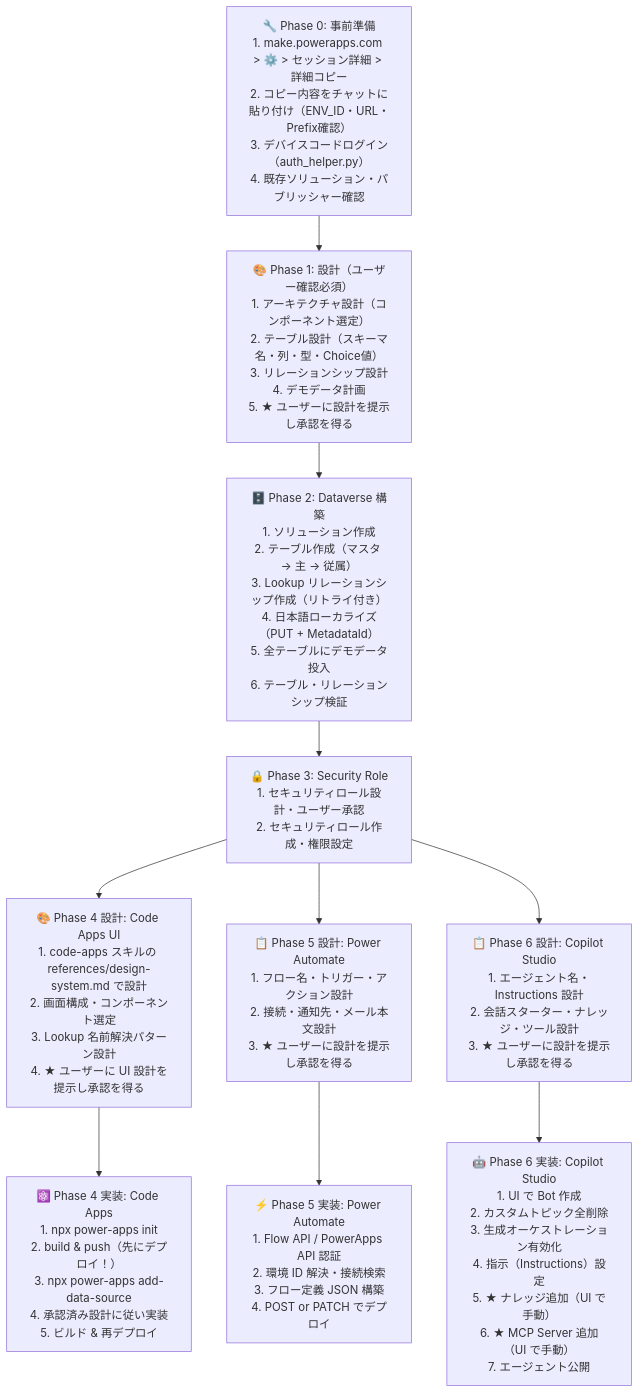
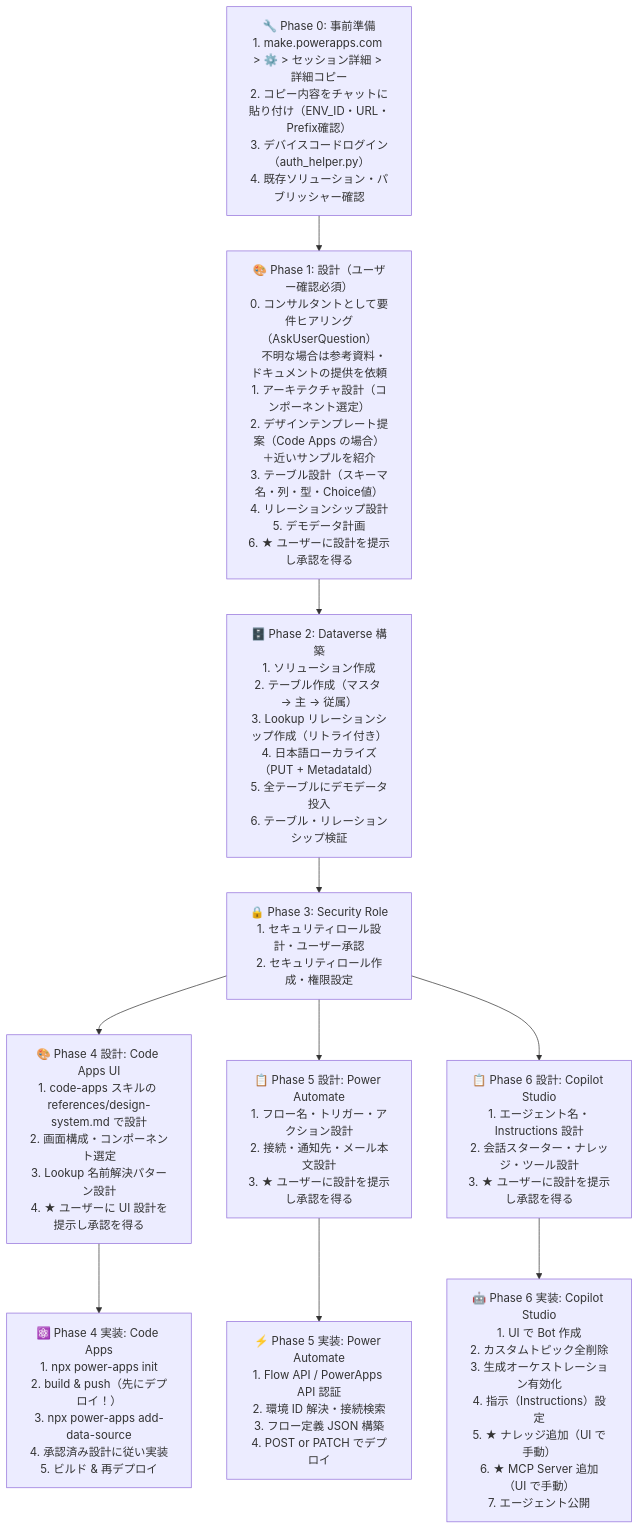
Before and after one commit to geekfujiwara/CodeAppsDevelopmentStandard: the diagram in .github/skills/standard/references/power-platform-development-standard.md, drawn with Mermaid. The commit also changed other lines of this file and 1 other file, not shown here.

First line of the commit message:
add consultant-mode requirement gathering and design proposal to Phase 1

````diff
--- a/.github/skills/standard/references/power-platform-development-standard.md
+++ b/.github/skills/standard/references/power-platform-development-standard.md
@@ -1449,27 +1449,27 @@
 ```mermaid
 flowchart TD
     P0["🔧 Phase 0: 事前準備\n1. make.powerapps.com > ⚙️ > セッション詳細 > 詳細コピー\n2. コピー内容をチャットに貼り付け（ENV_ID・URL・Prefix確認）\n3. デバイスコードログイン（auth_helper.py）\n4. 既存ソリューション・パブリッシャー確認"]
 
-    P1["🎨 Phase 1: 設計（ユーザー確認必須）\n1. アーキテクチャ設計（コンポーネント選定）\n2. テーブル設計（スキーマ名・列・型・Choice値）\n3. リレーションシップ設計\n4. デモデータ計画\n5. ★ ユーザーに設計を提示し承認を得る"]
+    P1["🎨 Phase 1: 設計（ユーザー確認必須）\n0. コンサルタントとして要件ヒアリング（AskUserQuestion）\n   不明な場合は参考資料・ドキュメントの提供を依頼\n1. アーキテクチャ設計（コンポーネント選定）\n2. デザインテンプレート提案（Code Apps の場合）＋近いサンプルを紹介\n3. テーブル設計（スキーマ名・列・型・Choice値）\n4. リレーションシップ設計\n5. デモデータ計画\n6. ★ ユーザーに設計を提示し承認を得る"]
 
     P2["🗄️ Phase 2: Dataverse 構築\n1. ソリューション作成\n2. テーブル作成（マスタ → 主 → 従属）\n3. Lookup リレーションシップ作成（リトライ付き）\n4. 日本語ローカライズ（PUT + MetadataId）\n5. 全テーブルにデモデータ投入\n6. テーブル・リレーションシップ検証"]
 
     P3["🔒 Phase 3: Security Role\n1. セキュリティロール設計・ユーザー承認\n2. セキュリティロール作成・権限設定"]
 
     P4D["🎨 Phase 4 設計: Code Apps UI\n1. code-apps スキルの references/design-system.md で設計\n2. 画面構成・コンポーネント選定\n3. Lookup 名前解決パターン設計\n4. ★ ユーザーに UI 設計を提示し承認を得る"]
 
     P4["⚛️ Phase 4 実装: Code Apps\n1. npx power-apps init\n2. build & push（先にデプロイ！）\n3. npx power-apps add-data-source\n4. 承認済み設計に従い実装\n5. ビルド & 再デプロイ"]
 
     P5D["📋 Phase 5 設計: Power Automate\n1. フロー名・トリガー・アクション設計\n2. 接続・通知先・メール本文設計\n3. ★ ユーザーに設計を提示し承認を得る"]
 
     P5["⚡ Phase 5 実装: Power Automate\n1. Flow API / PowerApps API 認証\n2. 環境 ID 解決・接続検索\n3. フロー定義 JSON 構築\n4. POST or PATCH でデプロイ"]
 
     P6D["📋 Phase 6 設計: Copilot Studio\n1. エージェント名・Instructions 設計\n2. 会話スターター・ナレッジ・ツール設計\n3. ★ ユーザーに設計を提示し承認を得る"]
 
     P6["🤖 Phase 6 実装: Copilot Studio\n1. UI で Bot 作成\n2. カスタムトピック全削除\n3. 生成オーケストレーション有効化\n4. 指示（Instructions）設定\n5. ★ ナレッジ追加（UI で手動）\n6. ★ MCP Server 追加（UI で手動）\n7. エージェント公開"]
 
     P0 --> P1 --> P2 --> P3
     P3 --> P4D --> P4
     P3 --> P5D --> P5
     P3 --> P6D --> P6
 ```
````
